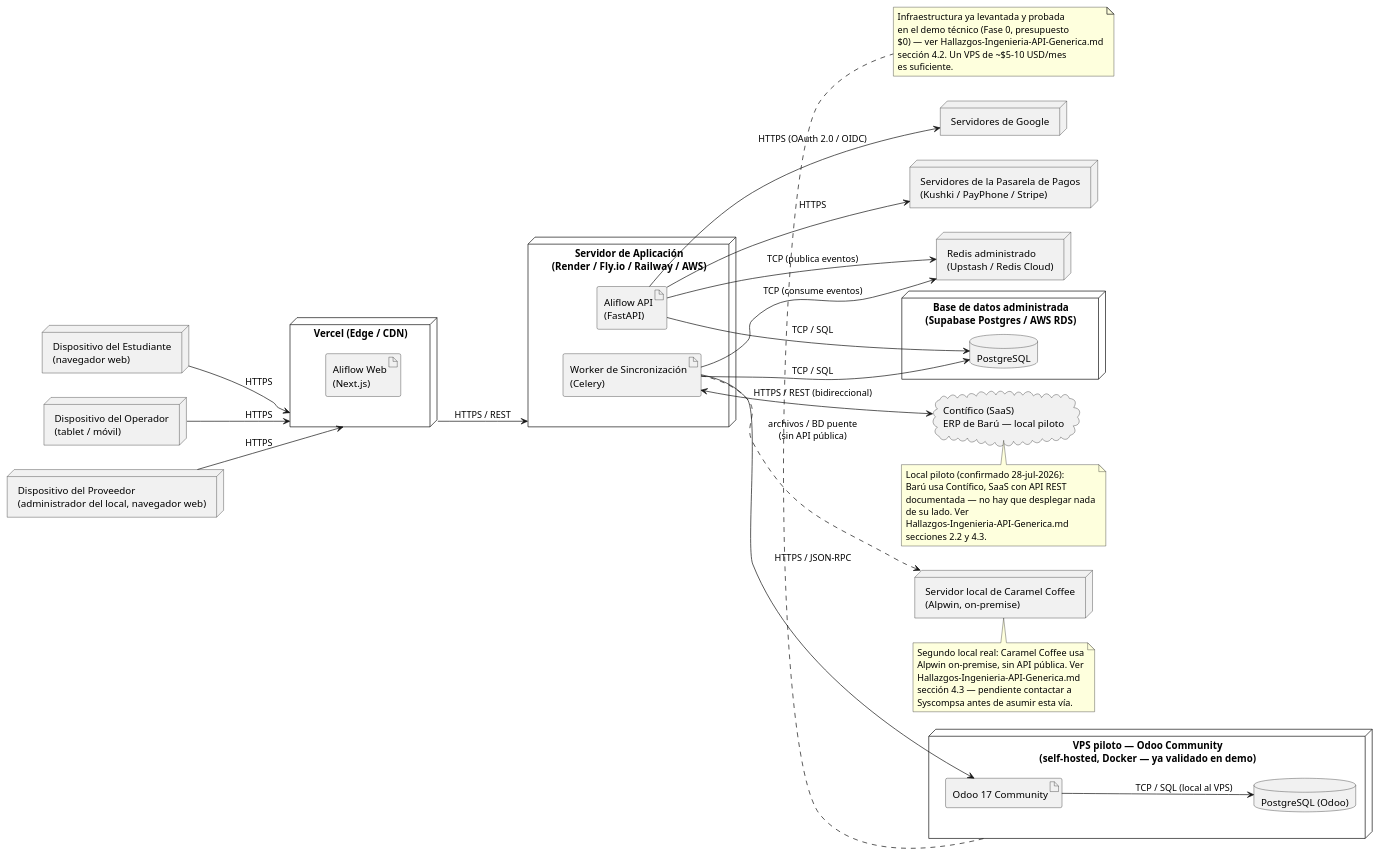
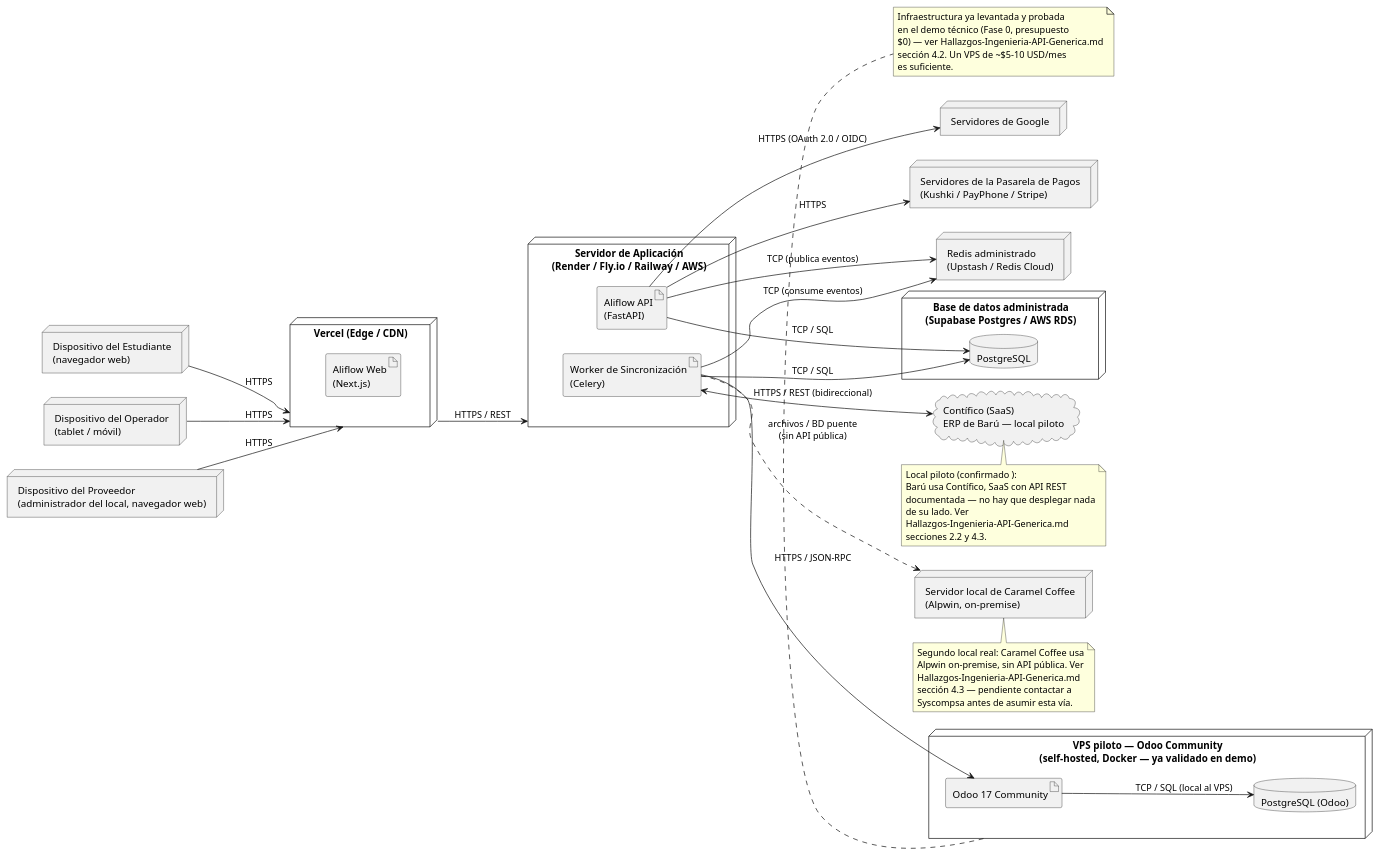
The diagram in Entregables/uml/diagrama-despliegue.puml (Jesus-JB/aliflow), drawn with PlantUML before and after one commit. The commit also changed 86 other files, not shown here.

```diff
--- a/Entregables/uml/diagrama-despliegue.puml
+++ b/Entregables/uml/diagrama-despliegue.puml
@@ -1,83 +1,83 @@
 @startuml diagrama-despliegue-aliflow
 
 skinparam nodeStyle rectangle
 left to right direction
 
 node "Dispositivo del Estudiante\n(navegador web)" as DEV_EST
 node "Dispositivo del Operador\n(tablet / móvil)" as DEV_OP
 node "Dispositivo del Proveedor\n(administrador del local, navegador web)" as DEV_PROV
 
 node "Vercel (Edge / CDN)" as VERCEL {
   artifact "Aliflow Web\n(Next.js)" as WEB_ART
 }
 
 node "Servidor de Aplicación\n(Render / Fly.io / Railway / AWS)" as APPSERVER {
   artifact "Aliflow API\n(FastAPI)" as API_ART
   artifact "Worker de Sincronización\n(Celery)" as WORKER_ART
 }
 
 node "Redis administrado\n(Upstash / Redis Cloud)" as REDIS_NODE
 
 node "Base de datos administrada\n(Supabase Postgres / AWS RDS)" as DBNODE {
   database "PostgreSQL" as DB
 }
 
 node "VPS piloto — Odoo Community\n(self-hosted, Docker — ya validado en demo)" as ODOO_VPS {
   artifact "Odoo 17 Community" as ODOO_ART
   database "PostgreSQL (Odoo)" as ODOO_DB
 }
 
 cloud "Contífico (SaaS)\nERP de Barú — local piloto" as CONTIFICO_NODE
 
 node "Servidor local de Caramel Coffee\n(Alpwin, on-premise)" as ALPWIN_NODE
 
 node "Servidores de Google" as GOOGLE_NODE
 node "Servidores de la Pasarela de Pagos\n(Kushki / PayPhone / Stripe)" as PAY_NODE
 
 DEV_EST --> VERCEL : HTTPS
 DEV_OP --> VERCEL : HTTPS
 DEV_PROV --> VERCEL : HTTPS
 
 VERCEL --> APPSERVER : HTTPS / REST
 
 API_ART --> DB : TCP / SQL
 WORKER_ART --> DB : TCP / SQL
 
 API_ART --> REDIS_NODE : TCP (publica eventos)
 WORKER_ART --> REDIS_NODE : TCP (consume eventos)
 
 API_ART --> GOOGLE_NODE : HTTPS (OAuth 2.0 / OIDC)
 API_ART --> PAY_NODE : HTTPS
 
 WORKER_ART --> ODOO_ART : HTTPS / JSON-RPC
 ODOO_ART --> ODOO_DB : TCP / SQL (local al VPS)
 
 WORKER_ART <--> CONTIFICO_NODE : HTTPS / REST (bidireccional)
 WORKER_ART ..> ALPWIN_NODE : archivos / BD puente\n(sin API pública)
 
 note bottom of ODOO_VPS
   Infraestructura ya levantada y probada
   en el demo técnico (Fase 0, presupuesto
   $0) — ver Hallazgos-Ingenieria-API-Generica.md
   sección 4.2. Un VPS de ~$5-10 USD/mes
   es suficiente.
 end note
 
 note bottom of CONTIFICO_NODE
-  Local piloto (confirmado 28-jul-2026):
+  Local piloto (confirmado ):
   Barú usa Contífico, SaaS con API REST
   documentada — no hay que desplegar nada
   de su lado. Ver
   Hallazgos-Ingenieria-API-Generica.md
   secciones 2.2 y 4.3.
 end note
 
 note bottom of ALPWIN_NODE
   Segundo local real: Caramel Coffee usa
   Alpwin on-premise, sin API pública. Ver
   Hallazgos-Ingenieria-API-Generica.md
   sección 4.3 — pendiente contactar a
   Syscompsa antes de asumir esta vía.
 end note
 
 @enduml
```
